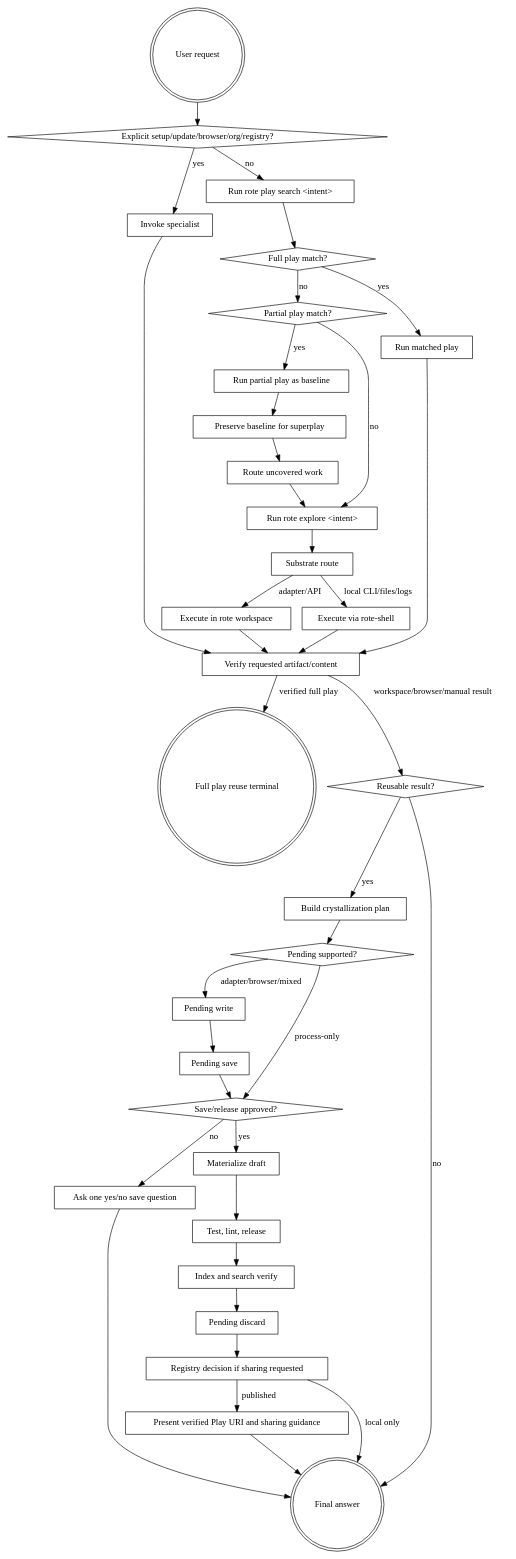
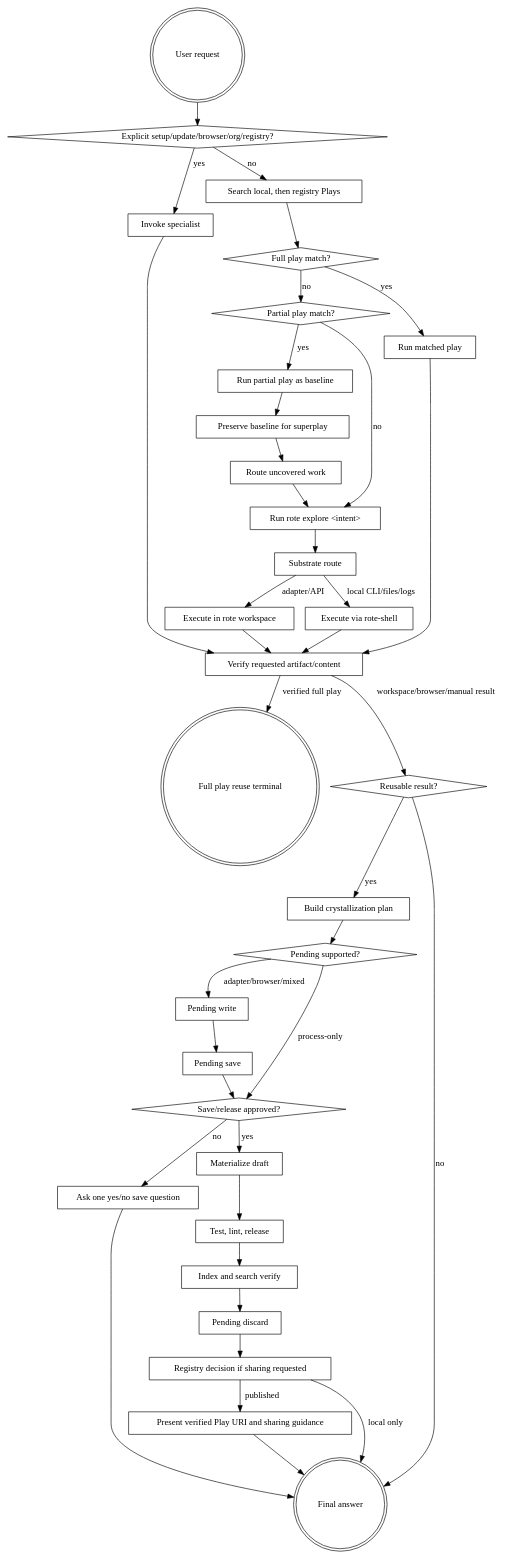
One commit to modiqo/rote-skills changed the diagram in plugins/rote/skills/rote/SKILL.md. Above: the diagram before and after it, drawn with Graphviz. The commit also changed other lines of this file and 21 other files, not shown here.

````diff
--- a/plugins/rote/skills/rote/SKILL.md
+++ b/plugins/rote/skills/rote/SKILL.md
@@ -130,72 +135,72 @@
 ```dot
 digraph rote_flow {
     "User request" [shape=doublecircle];
     "Explicit setup/update/browser/org/registry?" [shape=diamond];
     "Invoke specialist" [shape=box];
-    "Run rote play search <intent>" [shape=box];
+    "Search local, then registry Plays" [shape=box];
     "Full play match?" [shape=diamond];
     "Partial play match?" [shape=diamond];
     "Run matched play" [shape=box];
     "Run partial play as baseline" [shape=box];
     "Preserve baseline for superplay" [shape=box];
     "Full play reuse terminal" [shape=doublecircle];
     "Route uncovered work" [shape=box];
     "Run rote explore <intent>" [shape=box];
     "Substrate route" [shape=box];
     "Execute in rote workspace" [shape=box];
     "Execute via rote-shell" [shape=box];
     "Verify requested artifact/content" [shape=box];
     "Reusable result?" [shape=diamond];
     "Build crystallization plan" [shape=box];
     "Pending supported?" [shape=diamond];
     "Pending write" [shape=box];
     "Pending save" [shape=box];
     "Save/release approved?" [shape=diamond];
     "Ask one yes/no save question" [shape=box];
     "Materialize draft" [shape=box];
     "Test, lint, release" [shape=box];
     "Index and search verify" [shape=box];
     "Pending discard" [shape=box];
     "Registry decision if sharing requested" [shape=box];
     "Present verified Play URI and sharing guidance" [shape=box];
     "Final answer" [shape=doublecircle];
 
     "User request" -> "Explicit setup/update/browser/org/registry?";
     "Explicit setup/update/browser/org/registry?" -> "Invoke specialist" [label="yes"];
-    "Explicit setup/update/browser/org/registry?" -> "Run rote play search <intent>" [label="no"];
+    "Explicit setup/update/browser/org/registry?" -> "Search local, then registry Plays" [label="no"];
     "Invoke specialist" -> "Verify requested artifact/content";
-    "Run rote play search <intent>" -> "Full play match?";
+    "Search local, then registry Plays" -> "Full play match?";
     "Full play match?" -> "Run matched play" [label="yes"];
     "Full play match?" -> "Partial play match?" [label="no"];
     "Run matched play" -> "Verify requested artifact/content";
     "Partial play match?" -> "Run partial play as baseline" [label="yes"];
     "Partial play match?" -> "Run rote explore <intent>" [label="no"];
     "Run partial play as baseline" -> "Preserve baseline for superplay";
     "Preserve baseline for superplay" -> "Route uncovered work";
     "Route uncovered work" -> "Run rote explore <intent>";
     "Run rote explore <intent>" -> "Substrate route";
     "Substrate route" -> "Execute in rote workspace" [label="adapter/API"];
     "Substrate route" -> "Execute via rote-shell" [label="local CLI/files/logs"];
     "Execute in rote workspace" -> "Verify requested artifact/content";
     "Execute via rote-shell" -> "Verify requested artifact/content";
     "Verify requested artifact/content" -> "Full play reuse terminal" [label="verified full play"];
     "Verify requested artifact/content" -> "Reusable result?" [label="workspace/browser/manual result"];
     "Reusable result?" -> "Final answer" [label="no"];
     "Reusable result?" -> "Build crystallization plan" [label="yes"];
     "Build crystallization plan" -> "Pending supported?";
     "Pending supported?" -> "Pending write" [label="adapter/browser/mixed"];
     "Pending supported?" -> "Save/release approved?" [label="process-only"];
     "Pending write" -> "Pending save";
     "Pending save" -> "Save/release approved?";
     "Save/release approved?" -> "Materialize draft" [label="yes"];
     "Save/release approved?" -> "Ask one yes/no save question" [label="no"];
     "Ask one yes/no save question" -> "Final answer";
     "Materialize draft" -> "Test, lint, release";
     "Test, lint, release" -> "Index and search verify";
     "Index and search verify" -> "Pending discard";
     "Pending discard" -> "Registry decision if sharing requested";
     "Registry decision if sharing requested" -> "Final answer" [label="local only"];
     "Registry decision if sharing requested" -> "Present verified Play URI and sharing guidance" [label="published"];
     "Present verified Play URI and sharing guidance" -> "Final answer";
 }
 ```
````
